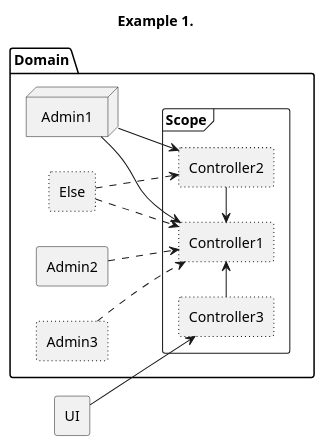
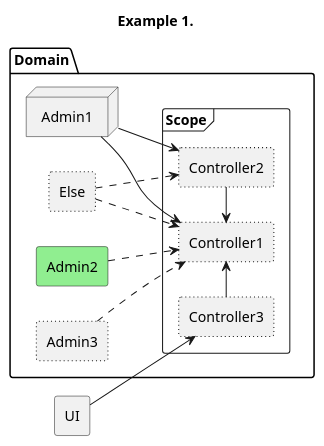
The second of 2 diagrams in ed/r/uml/plantUML.md (cn0047/stash), drawn with PlantUML before and after one commit. The commit also changed 9 other files, not shown here.

````diff
--- a/ed/r/uml/plantUML.md
+++ b/ed/r/uml/plantUML.md
@@ -17,49 +17,49 @@
 ```plantuml
 @startuml
 
 title Example 1.
 
 left to right direction
 
 package Domain {
     node Admin1 {
     }
 
-    rectangle Admin2 {
+    rectangle Admin2 #LightGreen {
     }
 
-    rectangle Admin3  #line.dotted {
+    rectangle Admin3 #line.dotted {
     }
 
-    rectangle Else  #line.dotted {
+    rectangle Else #line.dotted {
     }
 
     frame Scope {
         rectangle Controller1 #line.dotted {
         }
 
         rectangle Controller2 #line.dotted {
         }
 
         rectangle Controller3 #line.dotted {
         }
 
         Controller2 -> Controller1
         Controller3 -> Controller1
     }
 
     Admin1 --> Controller1
     Admin1 --> Controller2
     Admin2 .-> Controller1
     Admin3 .-> Controller1
     Else .-> Controller1
     Else .-> Controller2
 }
 
 rectangle UI {
 }
 
 UI --> Controller3
 
 @enduml
 ```
````
